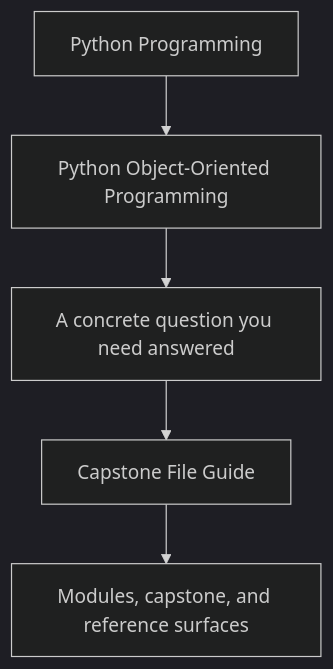
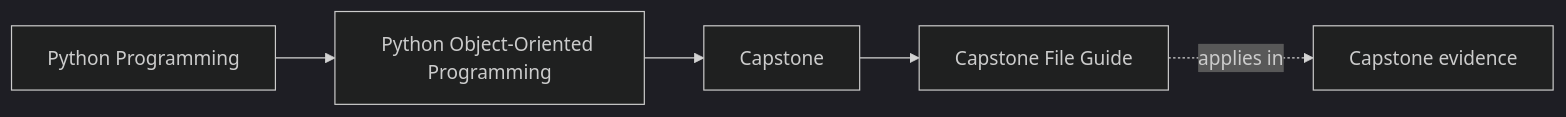
Before and after one commit to bijux/bijux-masterclass: the first of 2 diagrams in programs/python-programming/python-object-oriented-programming/course-book/capstone/capstone-file-guide.md, drawn with Mermaid (dark theme). The commit also changed other lines of this file and 103 other files, not shown here.

Commit message:
docs(python-object-oriented-programming): map sustainment and capstone surfaces

````diff
--- a/programs/python-programming/python-object-oriented-programming/course-book/capstone/capstone-file-guide.md
+++ b/programs/python-programming/python-object-oriented-programming/course-book/capstone/capstone-file-guide.md
@@ -7,7 +7,11 @@
 ```mermaid
-flowchart TD
-  family["Python Programming"] --> program["Python Object-Oriented Programming"]
-  program --> pressure["A concrete question you need answered"]
-  pressure --> guide["Capstone File Guide"]
-  guide --> next["Modules, capstone, and reference surfaces"]
+graph LR
+  family["Python Programming"]
+  program["Python Object-Oriented Programming"]
+  section["Capstone"]
+  page["Capstone File Guide"]
+  capstone["Capstone evidence"]
+
+  family --> program --> section --> page
+  page -.applies in.-> capstone
 ```
````
